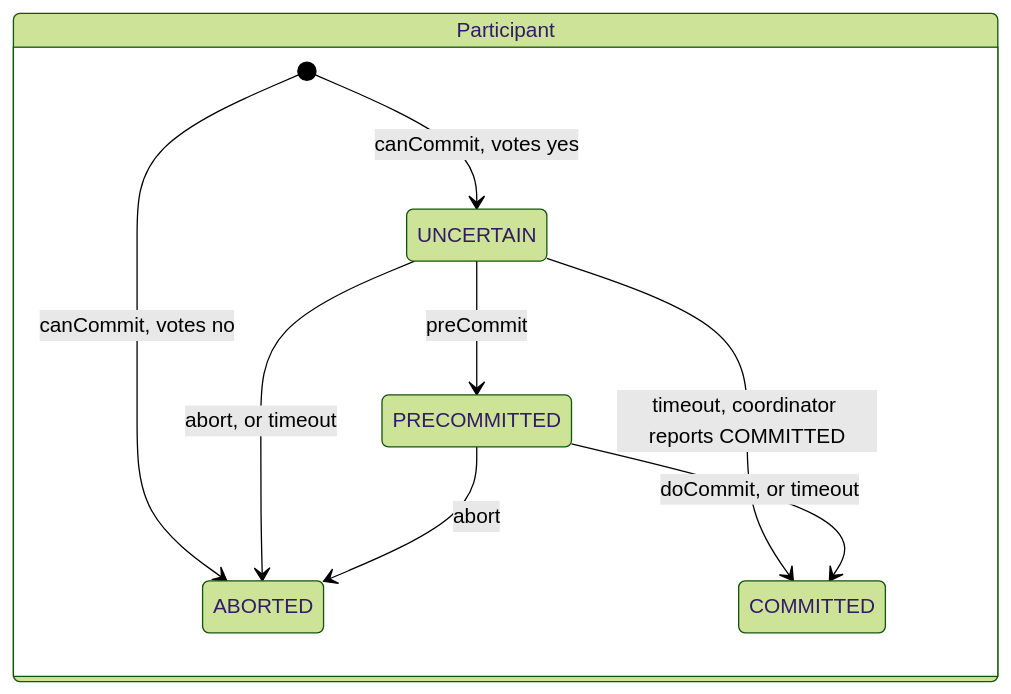
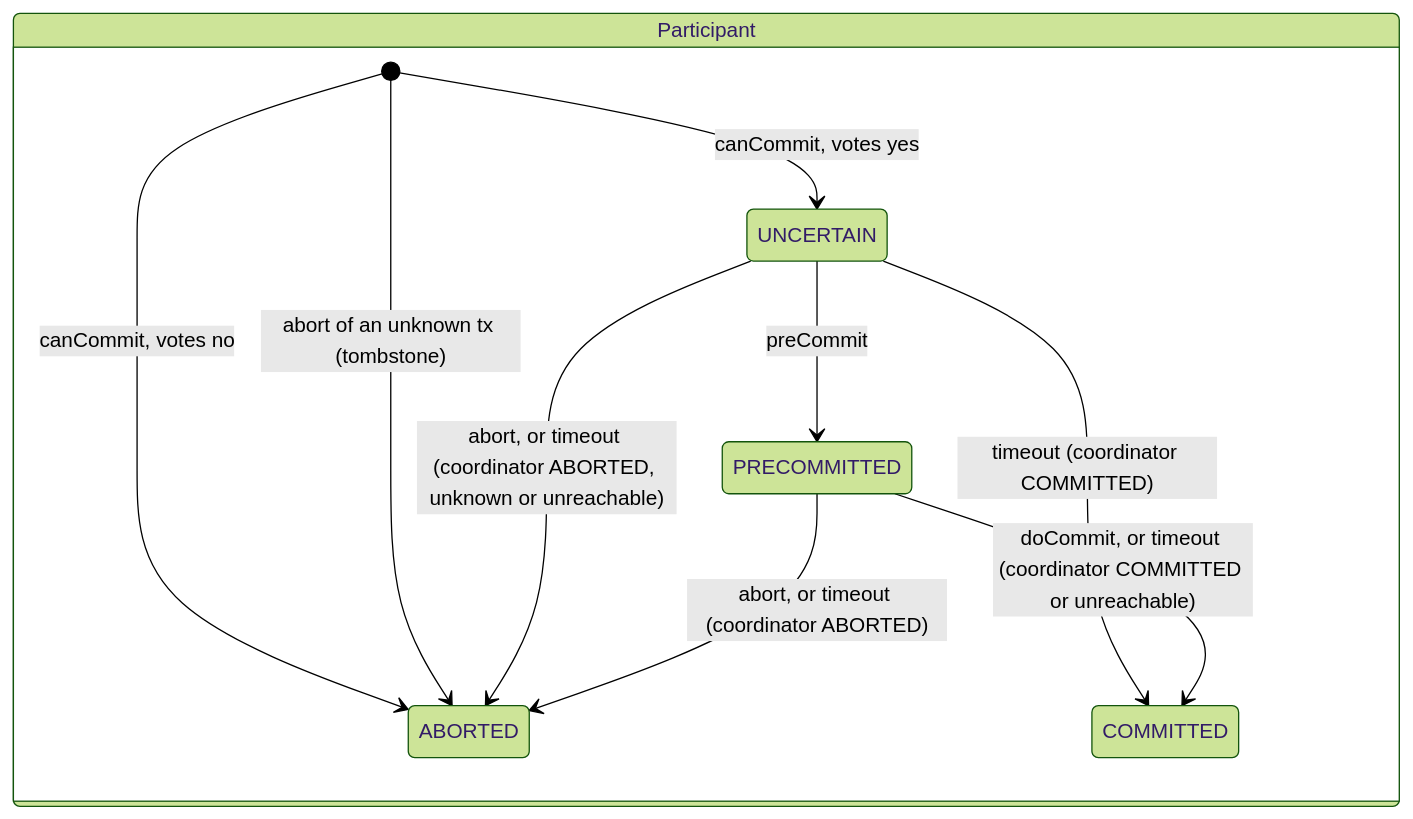
One commit to Cloud-Lab-Assignment/Cloud-Security-Ingester changed the second of 3 diagrams in docs/design/core-services.md. Above: the diagram before and after it, drawn with Mermaid (forest theme). The commit also changed other lines of this file and 1 other file, not shown here.

First line of the commit message:
docs(design): 3PC diagram guards, recovery wording, deadlines and outbox discard (R3-7)

````diff
--- a/docs/design/core-services.md
+++ b/docs/design/core-services.md
@@ -101,13 +101,14 @@
 ```mermaid
 stateDiagram-v2
   direction LR
   state "Participant" as P {
     [*] --> UNCERTAIN: canCommit, votes yes
     [*] --> ABORTED: canCommit, votes no
+    [*] --> ABORTED: abort of an unknown tx (tombstone)
     UNCERTAIN --> PRECOMMITTED: preCommit
-    UNCERTAIN --> ABORTED: abort, or timeout
-    UNCERTAIN --> COMMITTED: timeout, coordinator reports COMMITTED
-    PRECOMMITTED --> COMMITTED: doCommit, or timeout
-    PRECOMMITTED --> ABORTED: abort
+    UNCERTAIN --> ABORTED: abort, or timeout (coordinator ABORTED, unknown or unreachable)
+    UNCERTAIN --> COMMITTED: timeout (coordinator COMMITTED)
+    PRECOMMITTED --> COMMITTED: doCommit, or timeout (coordinator COMMITTED or unreachable)
+    PRECOMMITTED --> ABORTED: abort, or timeout (coordinator ABORTED)
   }
 ```
````
